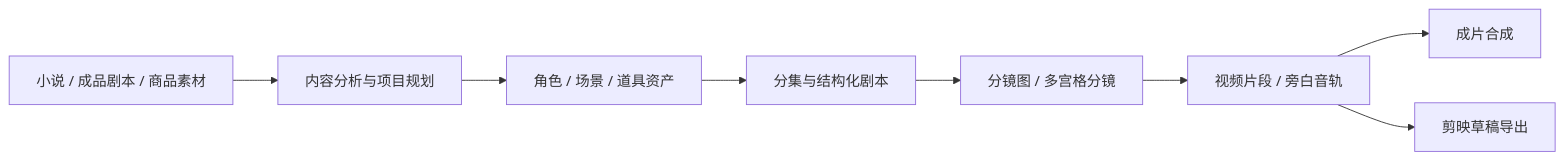
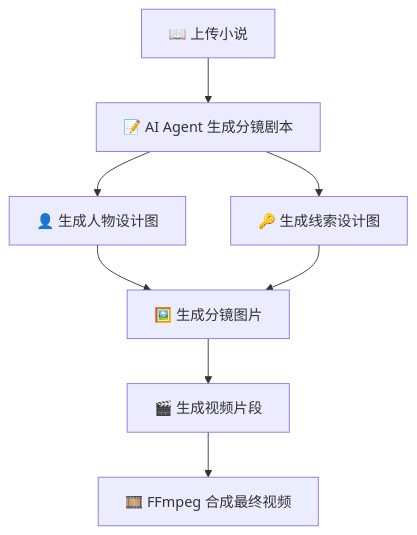
One commit to ArcReel/ArcReel changed the first of 2 diagrams in README.md. Above: the diagram before and after it, drawn with Mermaid. The commit also changed other lines of this file and 1 other file, not shown here.

````diff
--- a/README.md
+++ b/README.md
@@ -58,10 +67,10 @@
 ```mermaid
-flowchart LR
-    A["小说 / 成品剧本 / 商品素材"] --> B["内容分析与项目规划"]
-    B --> C["角色 / 场景 / 道具资产"]
-    C --> D["分集与结构化剧本"]
-    D --> E["分镜图 / 多宫格分镜"]
-    E --> F["视频片段 / 旁白音轨"]
-    F --> G["成片合成"]
-    F --> H["剪映草稿导出"]
+graph TD
+    A["📖 上传小说"] --> B["📝 AI Agent 生成分镜剧本"]
+    B --> C["👤 生成人物设计图"]
+    B --> D["🔑 生成线索设计图"]
+    C --> E["🖼️ 生成分镜图片"]
+    D --> E
+    E --> F["🎬 生成视频片段"]
+    F --> G["🎞️ FFmpeg 合成最终视频"]
 ```
````
